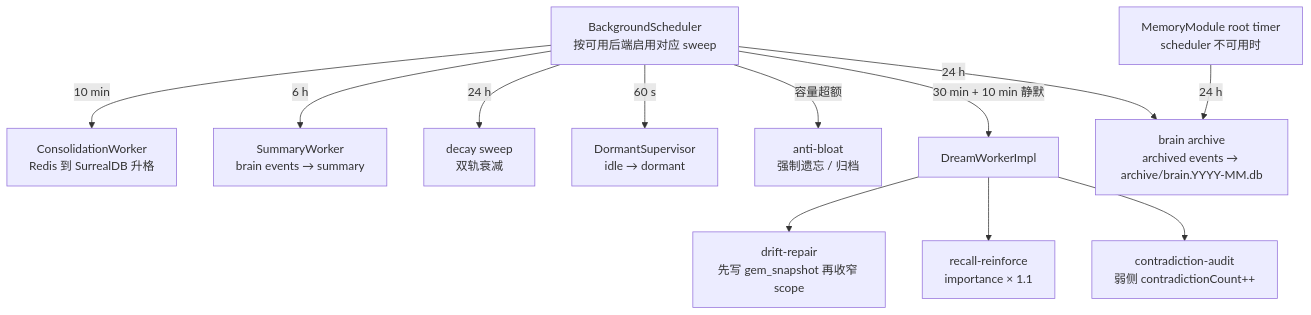
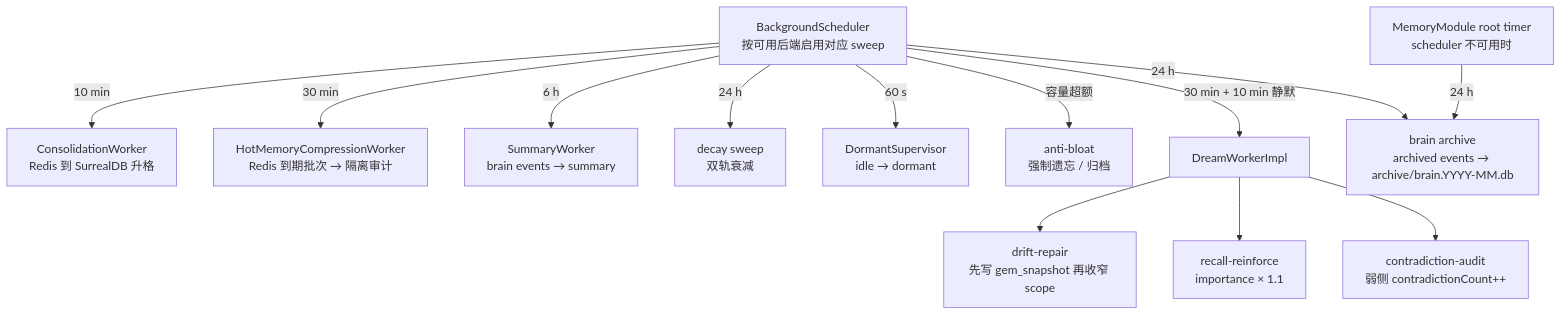
One commit to flyflor/flyflor changed the fifth of 5 diagrams in docs/memory.system.md. Above: the diagram before and after it, drawn with Mermaid. The commit also changed other lines of this file and 129 other files, not shown here.

````diff
--- a/docs/memory.system.md
+++ b/docs/memory.system.md
@@ -176,15 +183,16 @@
 ```mermaid
 flowchart TB
     Sched["BackgroundScheduler<br/>按可用后端启用对应 sweep"]
     Sched -- 10 min --> Cons["ConsolidationWorker<br/>Redis 到 SurrealDB 升格"]
+    Sched -- 30 min --> HotCompress["HotMemoryCompressionWorker<br/>Redis 到期批次 → 隔离审计"]
     Sched -- 6 h --> Summary["SummaryWorker<br/>brain events → summary"]
     Sched -- 24 h --> Decay["decay sweep<br/>双轨衰减"]
     Sched -- 60 s --> Dormant["DormantSupervisor<br/>idle → dormant"]
     Sched -- 容量超额 --> Bloat["anti-bloat<br/>强制遗忘 / 归档"]
     Sched -- 30 min + 10 min 静默 --> Dream["DreamWorkerImpl"]
     Sched -- 24 h --> Archive["brain archive<br/>archived events → archive/brain.YYYY-MM.db"]
     Root["MemoryModule root timer<br/>scheduler 不可用时"] -- 24 h --> Archive
     Dream --> DR["drift-repair<br/>先写 gem_snapshot 再收窄 scope"]
     Dream --> RR["recall-reinforce<br/>importance × 1.1"]
     Dream --> CA["contradiction-audit<br/>弱侧 contradictionCount++"]
 ```
````
